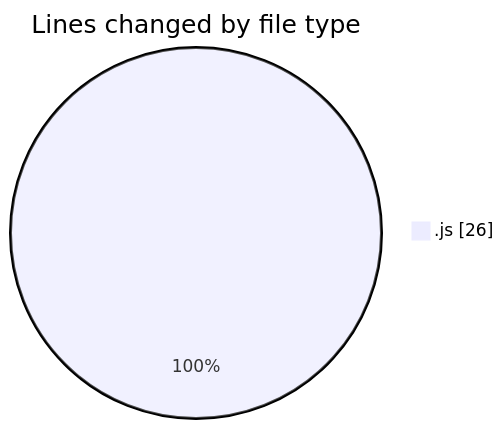
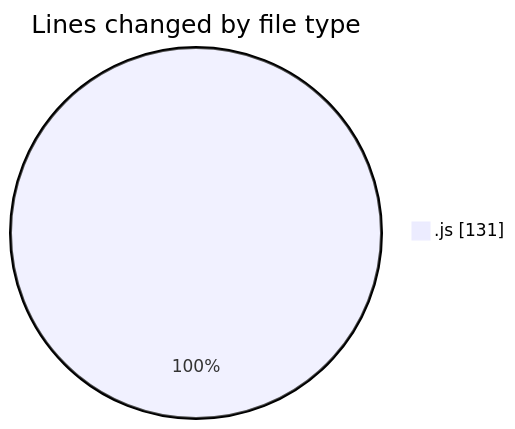
One commit to BS-eng2023/code-tracking changed the first of 2 diagrams in 2025-03-24/aufgabe_250321/README.md. Above: the diagram before and after it, drawn with Mermaid. The commit also changed other lines of this file and 1 other file, not shown here.

````diff
--- a/2025-03-24/aufgabe_250321/README.md
+++ b/2025-03-24/aufgabe_250321/README.md
@@ -20,5 +21,5 @@
 ```mermaid
 pie showData
 title Lines changed by file type
-".js" : 26
+".js" : 131
 ```
````
